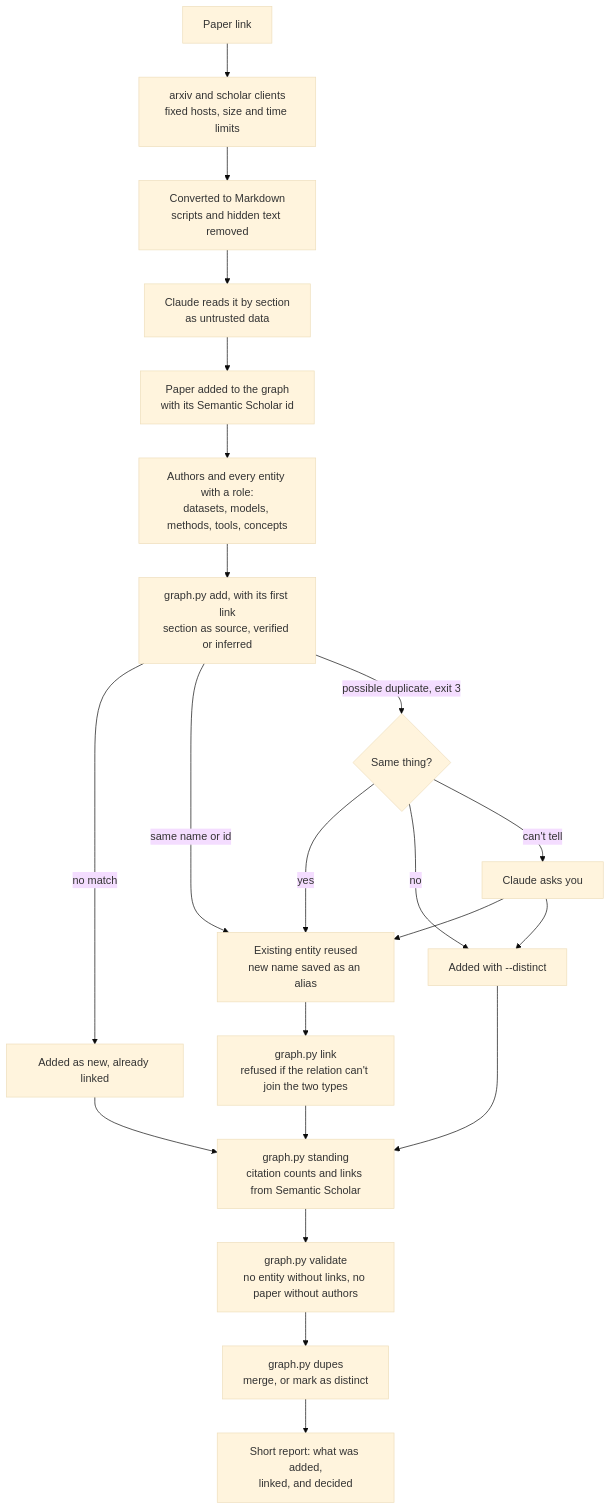
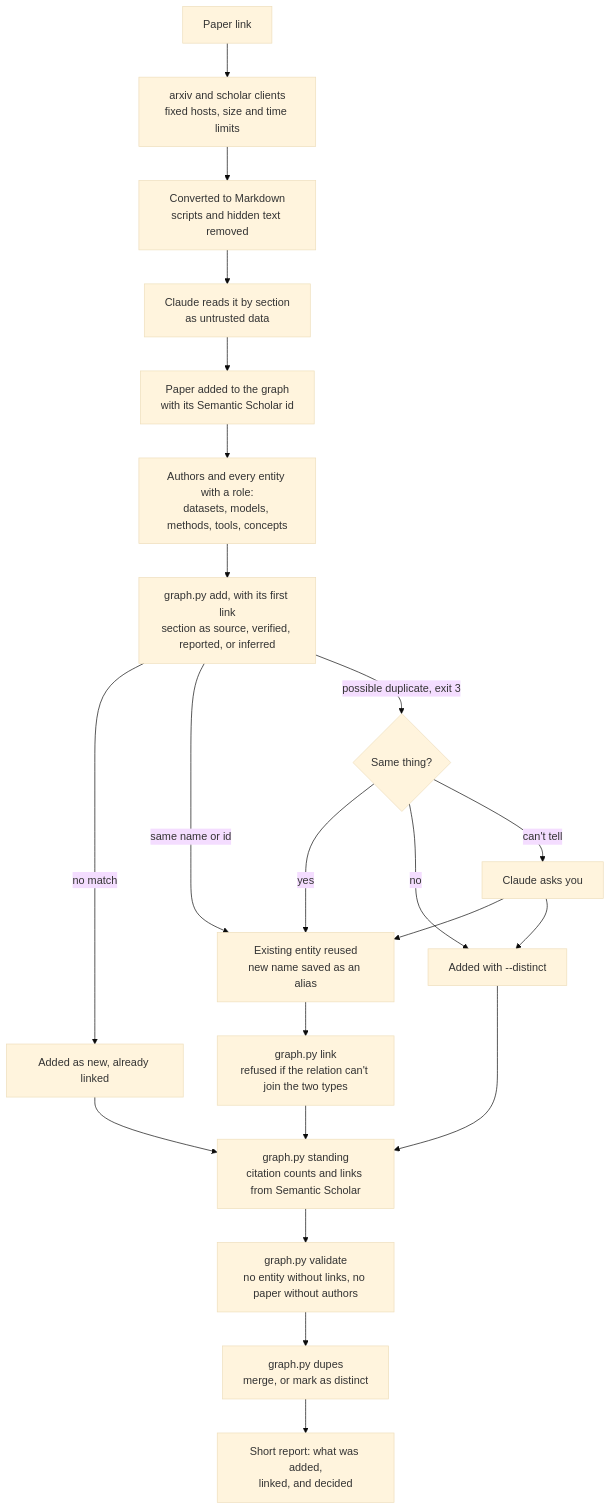
One commit to marfago-labs/paper-research changed the diagram in docs/knowledge-graph.md. Above: the diagram before and after it, drawn with Mermaid (base theme). The commit also changed other lines of this file and 29 other files, not shown here.

````diff
--- a/docs/knowledge-graph.md
+++ b/docs/knowledge-graph.md
@@ -58,24 +23,24 @@
 ```mermaid
 flowchart TD
     A["Paper link"] --> B["arxiv and scholar clients<br/>fixed hosts, size and time limits"]
     B --> C["Converted to Markdown<br/>scripts and hidden text removed"]
     C --> D["Claude reads it by section<br/>as untrusted data"]
     D --> P["Paper added to the graph<br/>with its Semantic Scholar id"]
     P --> E["Authors and every entity with a role:<br/>datasets, models, methods, tools, concepts"]
-    E --> F["graph.py add, with its first link<br/>section as source, verified or inferred"]
+    E --> F["graph.py add, with its first link<br/>section as source, verified, reported, or inferred"]
     F -->|"no match"| G["Added as new, already linked"]
     F -->|"same name or id"| H["Existing entity reused<br/>new name saved as an alias"]
     F -->|"possible duplicate, exit 3"| I{"Same thing?"}
     I -->|"yes"| H
     I -->|"no"| J["Added with --distinct"]
     I -->|"can't tell"| K["Claude asks you"]
     K --> H
     K --> J
     H --> L["graph.py link<br/>refused if the relation can't join the two types"]
     G --> M["graph.py standing<br/>citation counts and links from Semantic Scholar"]
     J --> M
     L --> M
     M --> V["graph.py validate<br/>no entity without links, no paper without authors"]
     V --> N["graph.py dupes<br/>merge, or mark as distinct"]
     N --> O["Short report: what was added,<br/>linked, and decided"]
 ```
````
